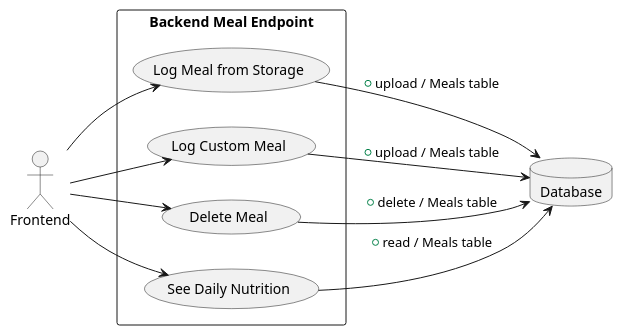
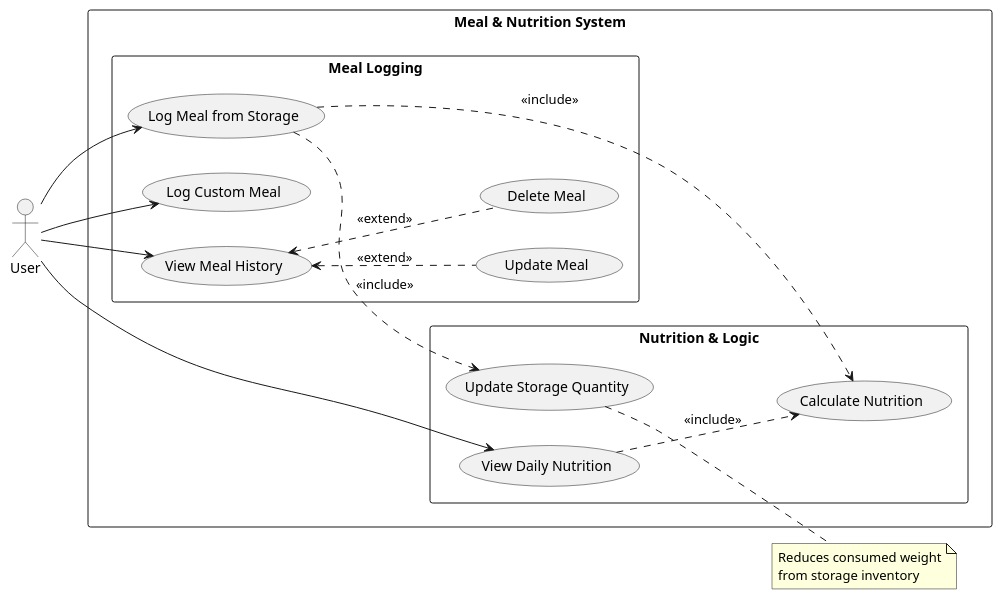
Before and after one commit to alfredbrannare/automagic-foodtracker-backend: the diagram in docs/system_documentation/diagrams/usecase/meals_management.puml, drawn with PlantUML. The commit also changed 5 other files, not shown here.

```diff
--- a/docs/system_documentation/diagrams/usecase/meals_management.puml
+++ b/docs/system_documentation/diagrams/usecase/meals_management.puml
@@ -1,25 +1,44 @@
 @startuml
 left to right direction
+skinparam packageStyle rectangle
 
-actor Frontend
+actor "User" as User
 
-rectangle "Backend Meal Endpoint" {
-    (Log Meal from Storage)
-    (Log Custom Meal)
-    (Delete Meal)
-    (See Daily Nutrition)
+rectangle "Meal & Nutrition System" {
+
+  package "Meal Logging" {
+    usecase "Log Meal from Storage" as UC_LogStore
+    usecase "Log Custom Meal" as UC_LogCustom
+    usecase "View Meal History" as UC_History
+    usecase "Update Meal" as UC_UpdMeal
+    usecase "Delete Meal" as UC_DelMeal
+  }
+
+  package "Nutrition & Logic" {
+    usecase "Calculate Nutrition" as UC_Calc
+    usecase "View Daily Nutrition" as UC_Daily
+    usecase "Update Storage Quantity" as UC_UpdStoreQty
+  }
 }
 
-database "Database" as DB
+' User Actions
+User --> UC_LogStore
+User --> UC_LogCustom
+User --> UC_History
+User --> UC_Daily
 
-Frontend --> (Log Meal from Storage)
-Frontend --> (Log Custom Meal)
-Frontend --> (Delete Meal)
-Frontend --> (See Daily Nutrition)
+' Logic Relationships
+UC_LogStore ..> UC_Calc : <<include>>
+UC_LogStore ..> UC_UpdStoreQty : <<include>>
+UC_Daily ..> UC_Calc : <<include>>
 
-(Log Meal from Storage) --> DB : + upload / Meals table
-(Log Custom Meal) --> DB : + upload / Meals table
-(Delete Meal) --> DB : + delete / Meals table
-(See Daily Nutrition) --> DB : + read / Meals table
+' Extensions (Actions from history)
+UC_History <.. UC_UpdMeal : <<extend>>
+UC_History <.. UC_DelMeal : <<extend>>
+
+note right of UC_UpdStoreQty
+  Reduces consumed weight
+  from storage inventory
+end note
 
 @enduml
```
